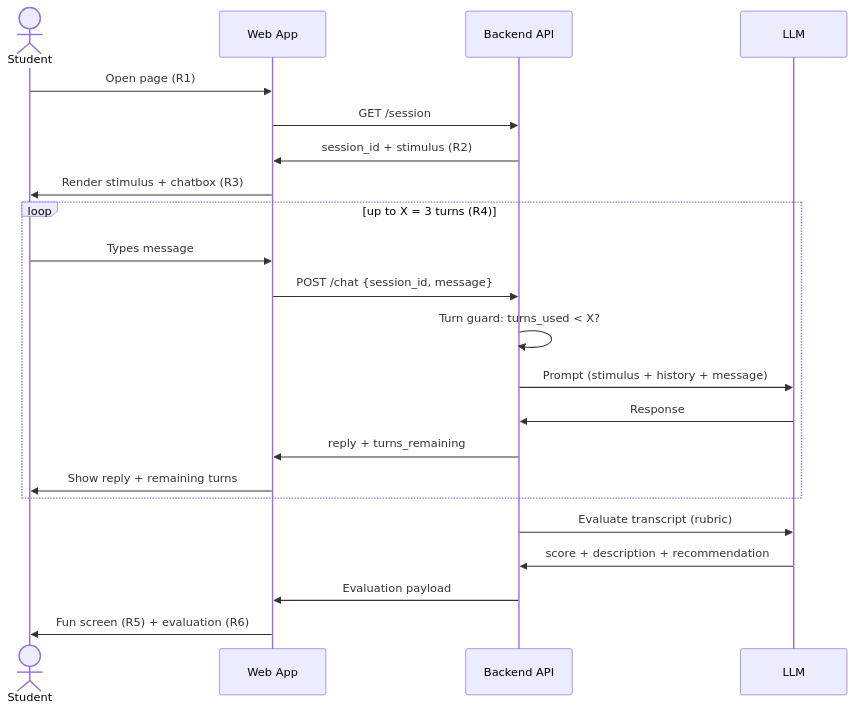
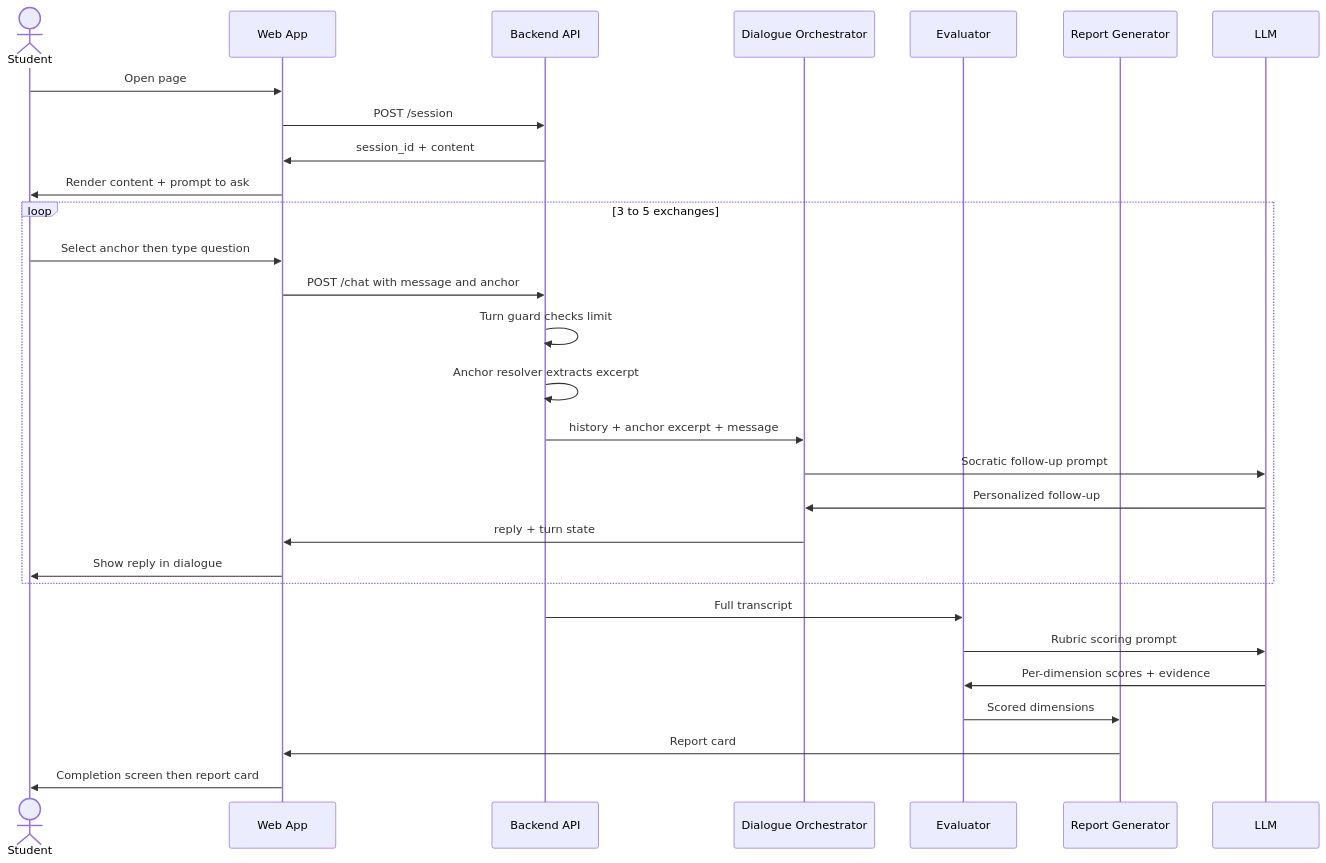
The third of 6 diagrams in ARCHITECTURE.md (christopappas/hackathon_aug_2026_critcal_thinking), drawn with Mermaid before and after one commit. The commit also changed other lines of this file, not shown here.

First line of the commit message:
Expand architecture to cover full MVP requirements

````diff
--- a/ARCHITECTURE.md
+++ b/ARCHITECTURE.md
@@ -66,27 +92,34 @@
 ```mermaid
 sequenceDiagram
     actor U as Student
     participant W as Web App
     participant A as Backend API
+    participant D as Dialogue Orchestrator
+    participant E as Evaluator
+    participant R as Report Generator
     participant L as LLM
 
-    U->>W: Open page (R1)
-    W->>A: GET /session
-    A->>W: session_id + stimulus (R2)
-    W->>U: Render stimulus + chatbox (R3)
+    U->>W: Open page
+    W->>A: POST /session
+    A->>W: session_id + content
+    W->>U: Render content + prompt to ask
 
-    loop up to X = 3 turns (R4)
-        U->>W: Types message
-        W->>A: POST /chat {session_id, message}
-        A->>A: Turn guard: turns_used < X?
-        A->>L: Prompt (stimulus + history + message)
-        L->>A: Response
-        A->>W: reply + turns_remaining
-        W->>U: Show reply + remaining turns
+    loop 3 to 5 exchanges
+        U->>W: Select anchor then type question
+        W->>A: POST /chat with message and anchor
+        A->>A: Turn guard checks limit
+        A->>A: Anchor resolver extracts excerpt
+        A->>D: history + anchor excerpt + message
+        D->>L: Socratic follow-up prompt
+        L->>D: Personalized follow-up
+        D->>W: reply + turn state
+        W->>U: Show reply in dialogue
     end
 
-    A->>L: Evaluate transcript (rubric)
-    L->>A: score + description + recommendation
-    A->>W: Evaluation payload
-    W->>U: Fun screen (R5) + evaluation (R6)
+    A->>E: Full transcript
+    E->>L: Rubric scoring prompt
+    L->>E: Per-dimension scores + evidence
+    E->>R: Scored dimensions
+    R->>W: Report card
+    W->>U: Completion screen then report card
 ```
````
